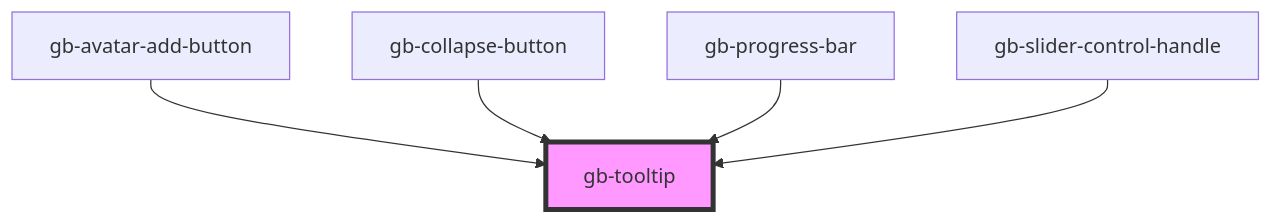
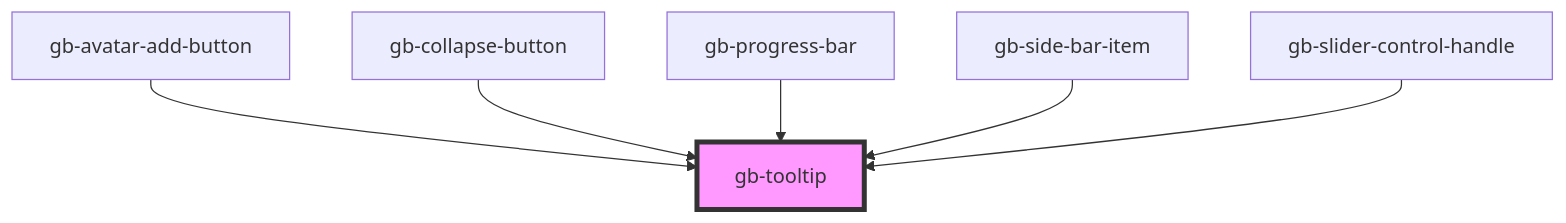
The diagram in src/components/gb-tooltip/readme.md (Emmanuel1858/globusComponent), drawn with Mermaid before and after one commit. The commit also changed other lines of this file and 27 other files, not shown here.

````diff
--- a/src/components/gb-tooltip/readme.md
+++ b/src/components/gb-tooltip/readme.md
@@ -27,8 +28,9 @@
 ```mermaid
 graph TD;
   gb-avatar-add-button --> gb-tooltip
   gb-collapse-button --> gb-tooltip
   gb-progress-bar --> gb-tooltip
+  gb-side-bar-item --> gb-tooltip
   gb-slider-control-handle --> gb-tooltip
   style gb-tooltip fill:#f9f,stroke:#333,stroke-width:4px
 ```
````
